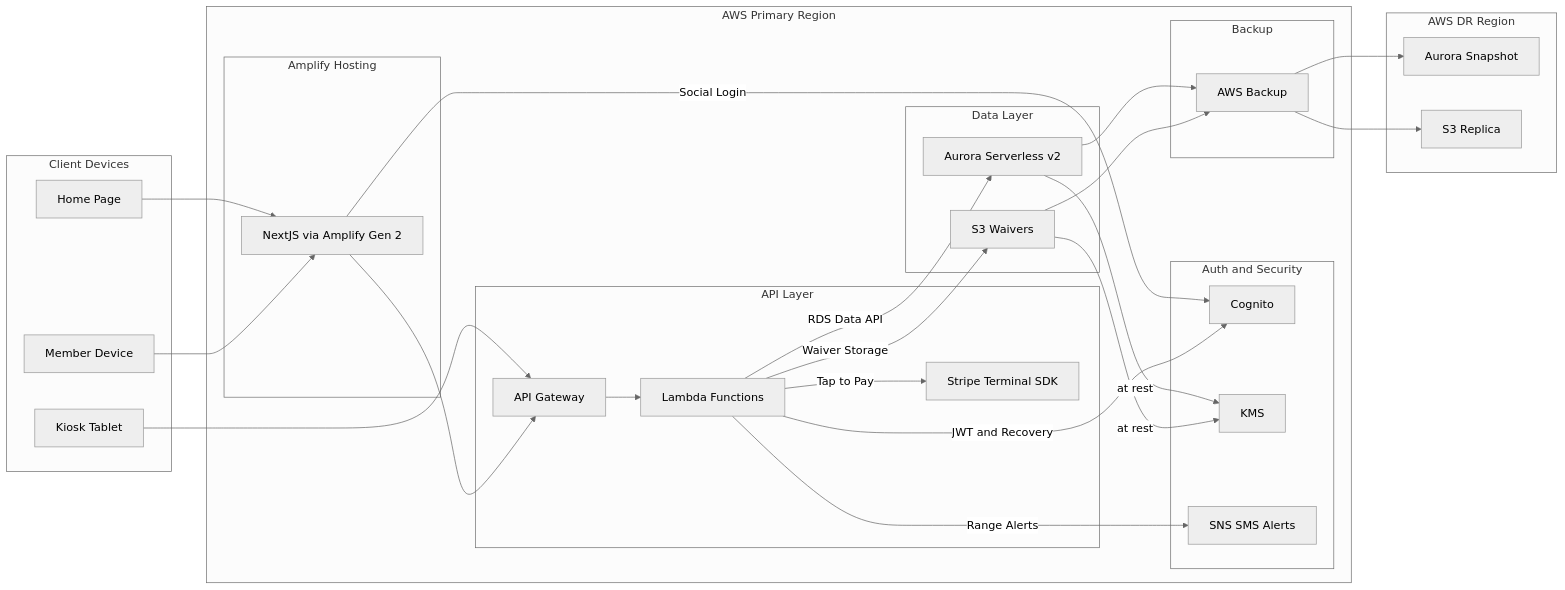
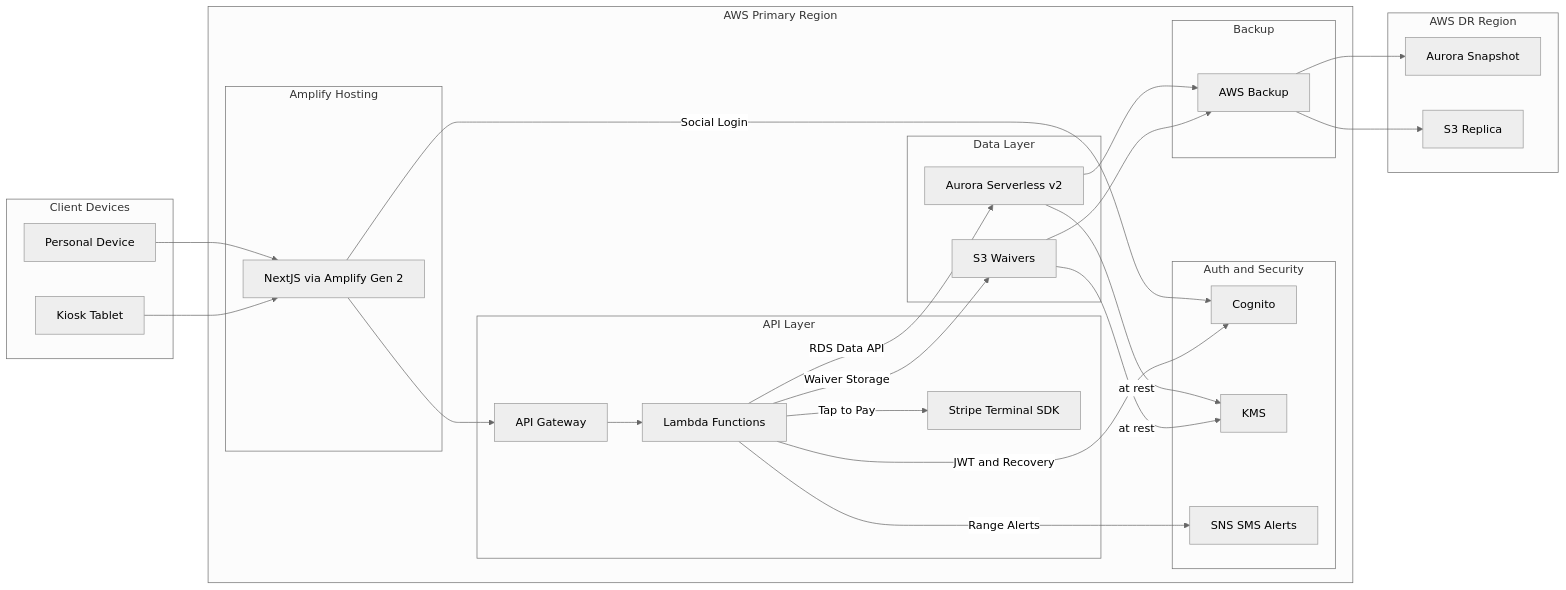
One commit to vrwmiller/outdoorsportsclub changed the first of 2 diagrams in docs/architecture.md. Above: the diagram before and after it, drawn with Mermaid (neutral theme). The commit also changed other lines of this file and 1 other file, not shown here.

Commit message:
docs: add RBAC diagram, correct surface model to single-app nav gating

````diff
--- a/docs/architecture.md
+++ b/docs/architecture.md
@@ -5,63 +5,61 @@
 ```mermaid
 flowchart LR
     subgraph CLIENT[Client Devices]
-        HP[Home Page]
-        MD[Member Device]
+        PD[Personal Device]
         KT[Kiosk Tablet]
     end
 
     subgraph AWS_PRIMARY[AWS Primary Region]
         subgraph FRONTEND[Amplify Hosting]
             AMP[NextJS via Amplify Gen 2]
         end
 
         subgraph API_LAYER[API Layer]
             APIGW[API Gateway]
             LAMBDA[Lambda Functions]
             STRIPE[Stripe Terminal SDK]
         end
 
         subgraph DATA_LAYER[Data Layer]
             AURORA[Aurora Serverless v2]
             S3[S3 Waivers]
         end
 
         subgraph AUTH[Auth and Security]
             COG[Cognito]
             KMS[KMS]
             SNS[SNS SMS Alerts]
         end
 
         subgraph BACKUP_GRP[Backup]
             BK[AWS Backup]
         end
     end
 
     subgraph AWS_DR[AWS DR Region]
         DR_DB[Aurora Snapshot]
         DR_S3[S3 Replica]
     end
 
-    HP --> AMP
-    MD --> AMP
-    KT --> APIGW
+    PD --> AMP
+    KT --> AMP
 
     AMP -->|Social Login| COG
     AMP --> APIGW
     APIGW --> LAMBDA
 
     LAMBDA -->|RDS Data API| AURORA
     LAMBDA -->|Waiver Storage| S3
     LAMBDA -->|Tap to Pay| STRIPE
     LAMBDA -->|JWT and Recovery| COG
     LAMBDA -->|Range Alerts| SNS
 
     AURORA -->|at rest| KMS
     S3 -->|at rest| KMS
 
     AURORA --> BK
     S3 --> BK
 
     BK --> DR_DB
     BK --> DR_S3
 ```
````
